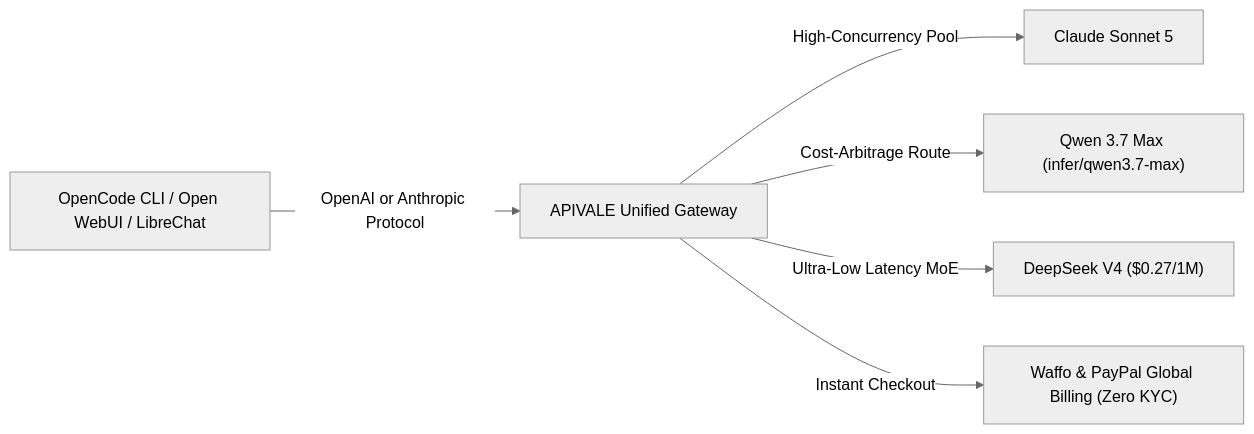
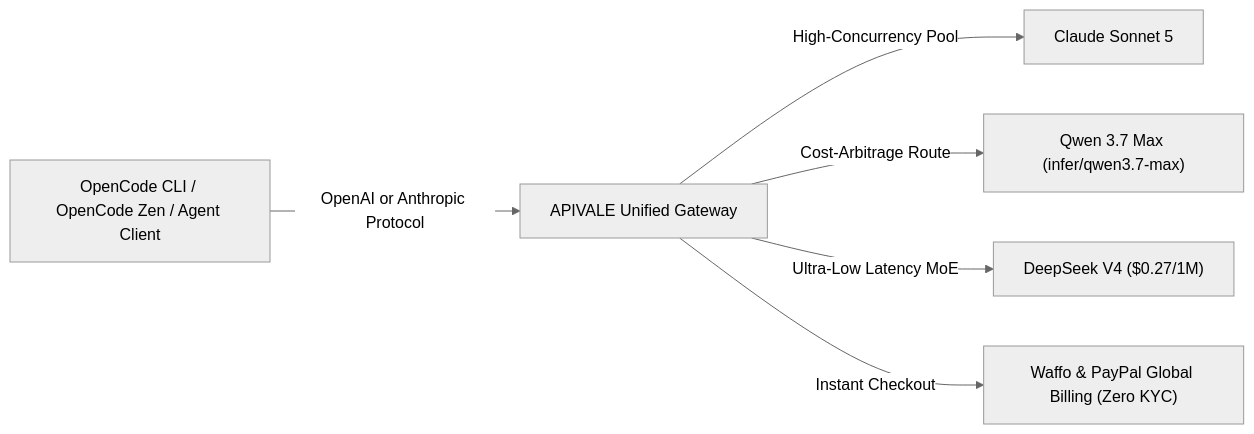
The diagram in src/content/blog/opencode-paypal-billing-api-proxy-guide.md (bshx2024/apivel_blog), drawn with Mermaid (neutral theme) before and after one commit. The commit also changed other lines of this file, not shown here.

Commit message:
fix(seo): rebalance keyword density to establish opencode paypal and opencode zen as dominant entities

````diff
--- a/src/content/blog/opencode-paypal-billing-api-proxy-guide.md
+++ b/src/content/blog/opencode-paypal-billing-api-proxy-guide.md
@@ -59,8 +59,8 @@
 ```mermaid
 graph LR
-    A["OpenCode CLI / Open WebUI / LibreChat"] -->|OpenAI or Anthropic Protocol| B["APIVALE Unified Gateway"]
+    A["OpenCode CLI / OpenCode Zen / Agent Client"] -->|OpenAI or Anthropic Protocol| B["APIVALE Unified Gateway"]
     B -->|High-Concurrency Pool| C["Claude Sonnet 5"]
     B -->|Cost-Arbitrage Route| D["Qwen 3.7 Max (infer/qwen3.7-max)"]
     B -->|Ultra-Low Latency MoE| E["DeepSeek V4 ($0.27/1M)"]
     B -->|Instant Checkout| F["Waffo & PayPal Global Billing (Zero KYC)"]
 ```
````
